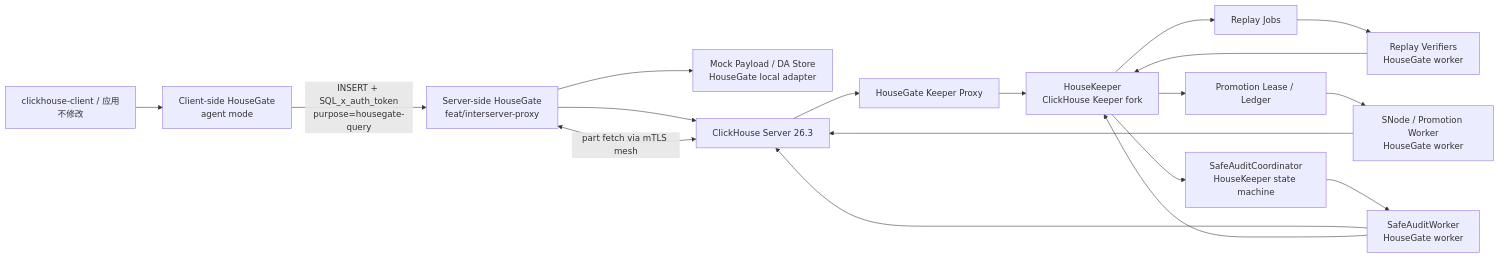
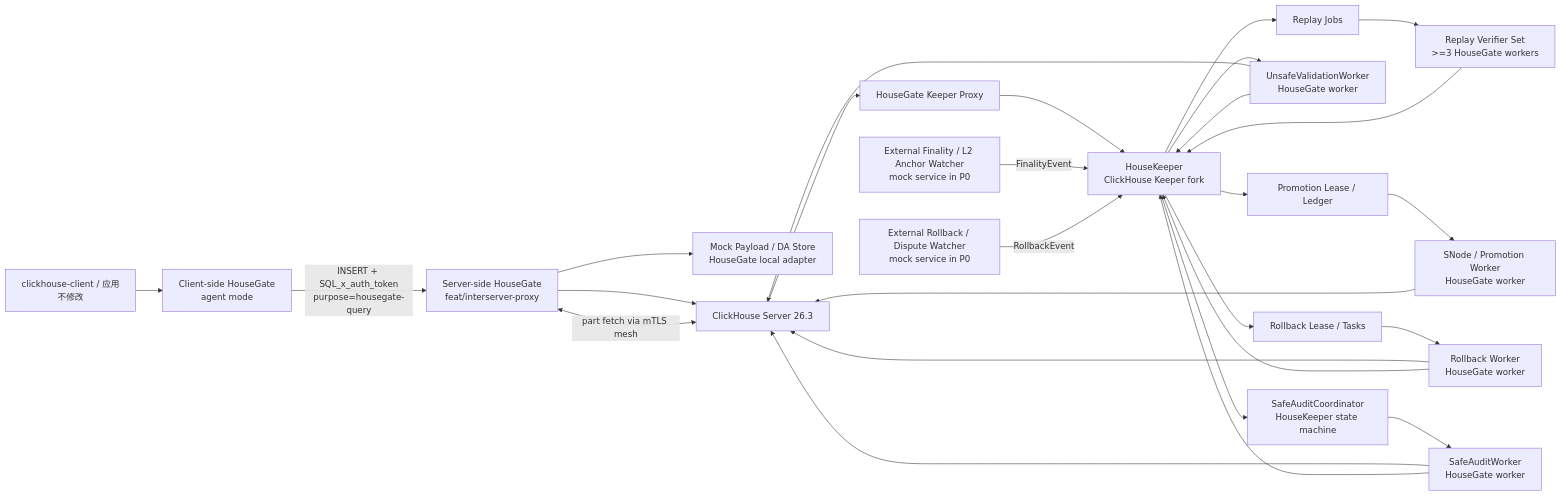
Before and after one commit to housegate/housegate: the first of 4 diagrams in docs/superpowers/specs/2026-06-25-housekeeper-storage-integrity-overall-design.zh-CN.md, drawn with Mermaid. The commit also changed other lines of this file and 27 other files, not shown here.

````diff
--- a/docs/superpowers/specs/2026-06-25-housekeeper-storage-integrity-overall-design.zh-CN.md
+++ b/docs/superpowers/specs/2026-06-25-housekeeper-storage-integrity-overall-design.zh-CN.md
@@ -111,20 +167,29 @@
 ```mermaid
 flowchart LR
   C["clickhouse-client / 应用<br/>不修改"] --> HG1["Client-side HouseGate<br/>agent mode"]
   HG1 -->|"INSERT + SQL_x_auth_token<br/>purpose=housegate-query"| HG["Server-side HouseGate<br/>feat/interserver-proxy"]
   HG --> DA["Mock Payload / DA Store<br/>HouseGate local adapter"]
   HG --> CH["ClickHouse Server 26.3"]
   CH --> KP["HouseGate Keeper Proxy"]
   KP --> HK["HouseKeeper<br/>ClickHouse Keeper fork"]
   CH <-->|"part fetch via mTLS mesh"| HG
   HK --> RJ["Replay Jobs"]
-  RJ --> VR["Replay Verifiers<br/>HouseGate worker"]
+  RJ --> VR["Replay Verifier Set<br/>>=3 HouseGate workers"]
   VR --> HK
+  HK --> UV["UnsafeValidationWorker<br/>HouseGate worker"]
+  UV --> CH
+  UV --> HK
+  EF["External Finality / L2 Anchor Watcher<br/>mock service in P0"] -->|"FinalityEvent"| HK
+  ER["External Rollback / Dispute Watcher<br/>mock service in P0"] -->|"RollbackEvent"| HK
   HK --> PL["Promotion Lease / Ledger"]
   PL --> SN["SNode / Promotion Worker<br/>HouseGate worker"]
   SN --> CH
+  HK --> RL["Rollback Lease / Tasks"]
+  RL --> RW["Rollback Worker<br/>HouseGate worker"]
+  RW --> CH
+  RW --> HK
   HK --> SA["SafeAuditCoordinator<br/>HouseKeeper state machine"]
   SA --> AW["SafeAuditWorker<br/>HouseGate worker"]
   AW --> CH
   AW --> HK
 ```
````
